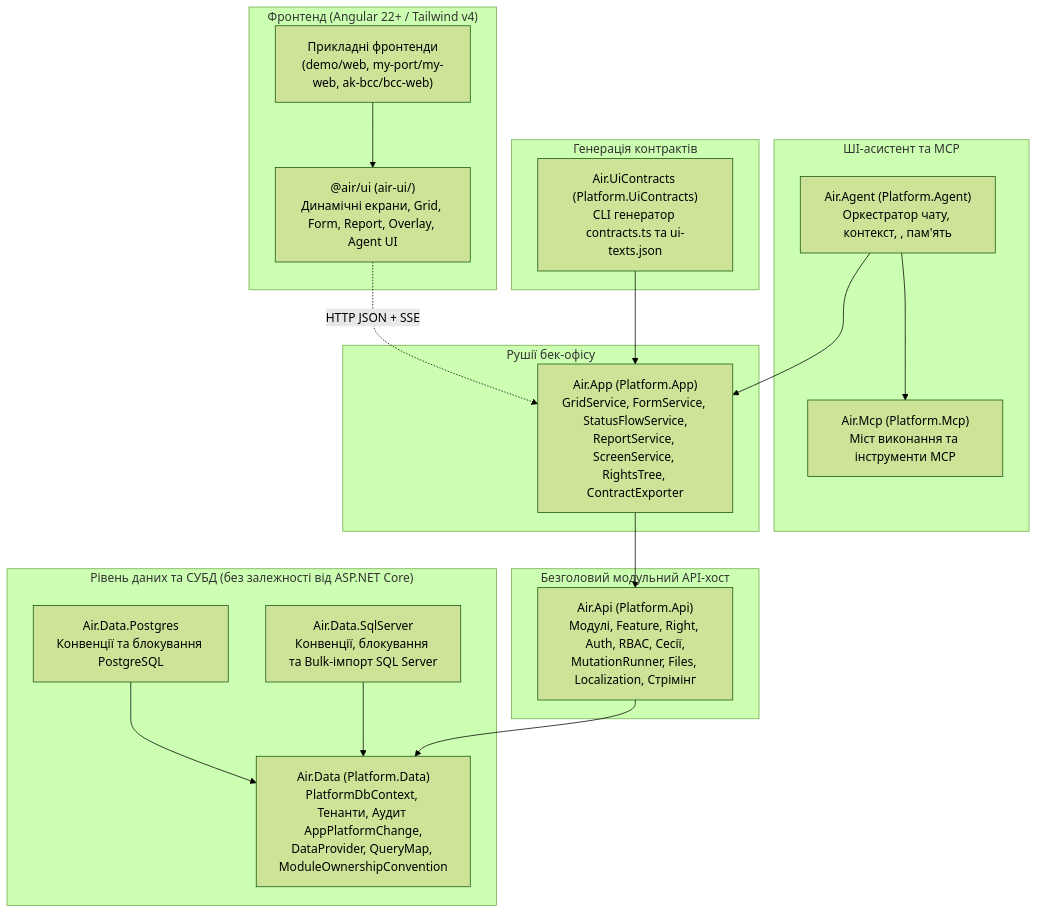
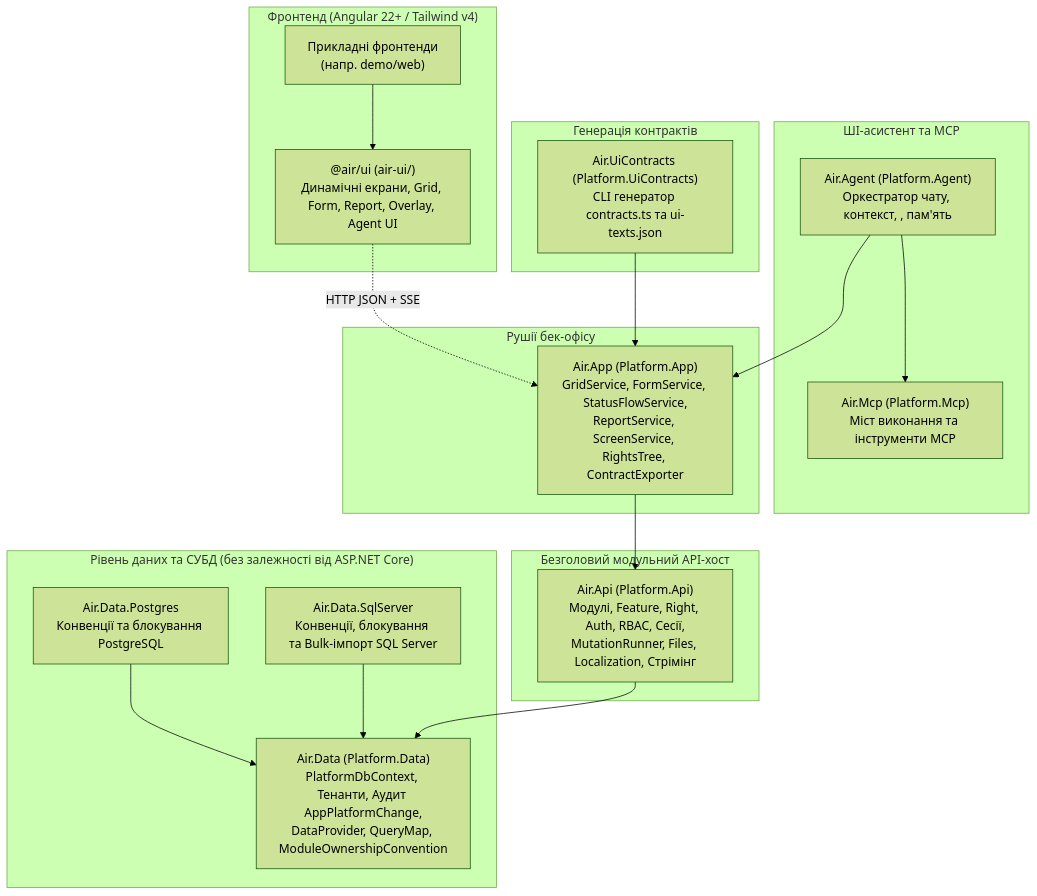
The diagram in docs/README.md (lixey/air-platform), drawn with Mermaid (forest theme) before and after one commit. The commit also changed other lines of this file and 19 other files, not shown here.

````diff
--- a/docs/README.md
+++ b/docs/README.md
@@ -33,40 +33,40 @@
 ```mermaid
 flowchart TD
   subgraph Frontend["Фронтенд (Angular 22+ / Tailwind v4)"]
     AirUi["@air/ui (air-ui/)<br/>Динамічні екрани, Grid, Form, Report, Overlay, Agent UI"]
-    AppWeb["Прикладні фронтенди<br/>(demo/web, my-port/my-web, ak-bcc/bcc-web)"]
+    AppWeb["Прикладні фронтенди<br/>(напр. demo/web)"]
     AppWeb --> AirUi
   end
 
   subgraph Tooling["Генерація контрактів"]
     UiContracts["Air.UiContracts (Platform.UiContracts)<br/>CLI генератор contracts.ts та ui-texts.json"]
   end
 
   subgraph AI["ШІ-асистент та MCP"]
     AirAgent["Air.Agent (Platform.Agent)<br/>Оркестратор чату, контекст, <air_proposal>, пам'ять"]
     AirMcp["Air.Mcp (Platform.Mcp)<br/>Міст виконання та інструменти MCP"]
     AirAgent --> AirMcp
   end
 
   subgraph Backoffice["Рушії бек-офісу"]
     AirApp["Air.App (Platform.App)<br/>GridService, FormService, StatusFlowService,<br/>ReportService, ScreenService, RightsTree, ContractExporter"]
   end
 
   subgraph ApiCore["Безголовий модульний API-хост"]
     AirApi["Air.Api (Platform.Api)<br/>Модулі, Feature, Right, Auth, RBAC, Сесії,<br/>MutationRunner, Files, Localization, Стрімінг"]
   end
 
   subgraph DataLayer["Рівень даних та СУБД (без залежності від ASP.NET Core)"]
     AirData["Air.Data (Platform.Data)<br/>PlatformDbContext, Тенанти, Аудит AppPlatformChange,<br/>DataProvider, QueryMap, ModuleOwnershipConvention"]
     AirPg["Air.Data.Postgres<br/>Конвенції та блокування PostgreSQL"]
     AirSql["Air.Data.SqlServer<br/>Конвенції, блокування та Bulk-імпорт SQL Server"]
     AirPg --> AirData
     AirSql --> AirData
   end
 
   AirUi -.->|"HTTP JSON + SSE"| AirApp
   UiContracts --> AirApp
   AirAgent --> AirApp
   AirApp --> AirApi
   AirApi --> AirData
 ```
````
